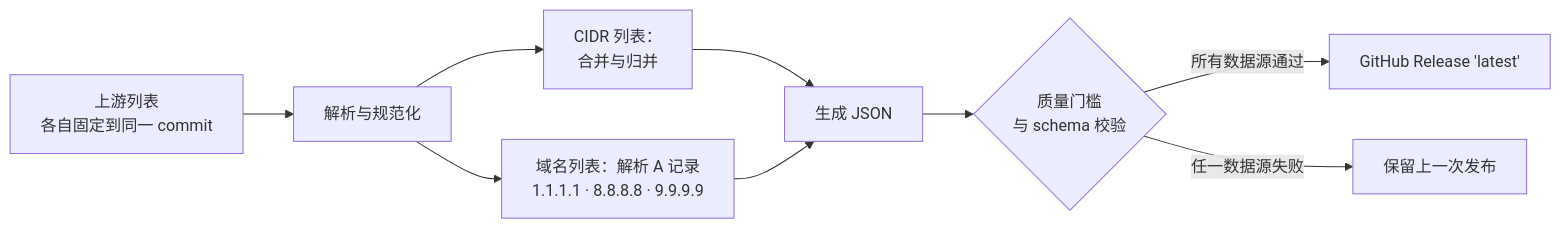
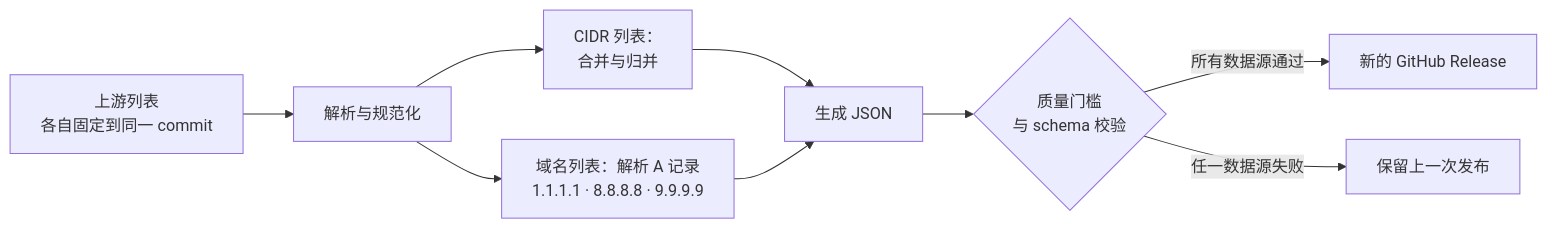
The diagram in README.zh-CN.md (shidevil/amnezia-china-split-tunnel), drawn with Mermaid before and after one commit. The commit also changed other lines of this file and 6 other files, not shown here.

````diff
--- a/README.zh-CN.md
+++ b/README.zh-CN.md
@@ -235,11 +237,11 @@
 ```mermaid
 flowchart LR
     A["上游列表<br/>各自固定到同一 commit"] --> B["解析与规范化"]
     B --> C["CIDR 列表：<br/>合并与归并"]
     B --> D["域名列表：解析 A 记录<br/>1.1.1.1 · 8.8.8.8 · 9.9.9.9"]
     C --> E["生成 JSON"]
     D --> E
     E --> F{"质量门槛<br/>与 schema 校验"}
-    F -->|"所有数据源通过"| G["GitHub Release 'latest'"]
+    F -->|"所有数据源通过"| G["新的 GitHub Release"]
     F -->|"任一数据源失败"| H["保留上一次发布"]
 ```
````
